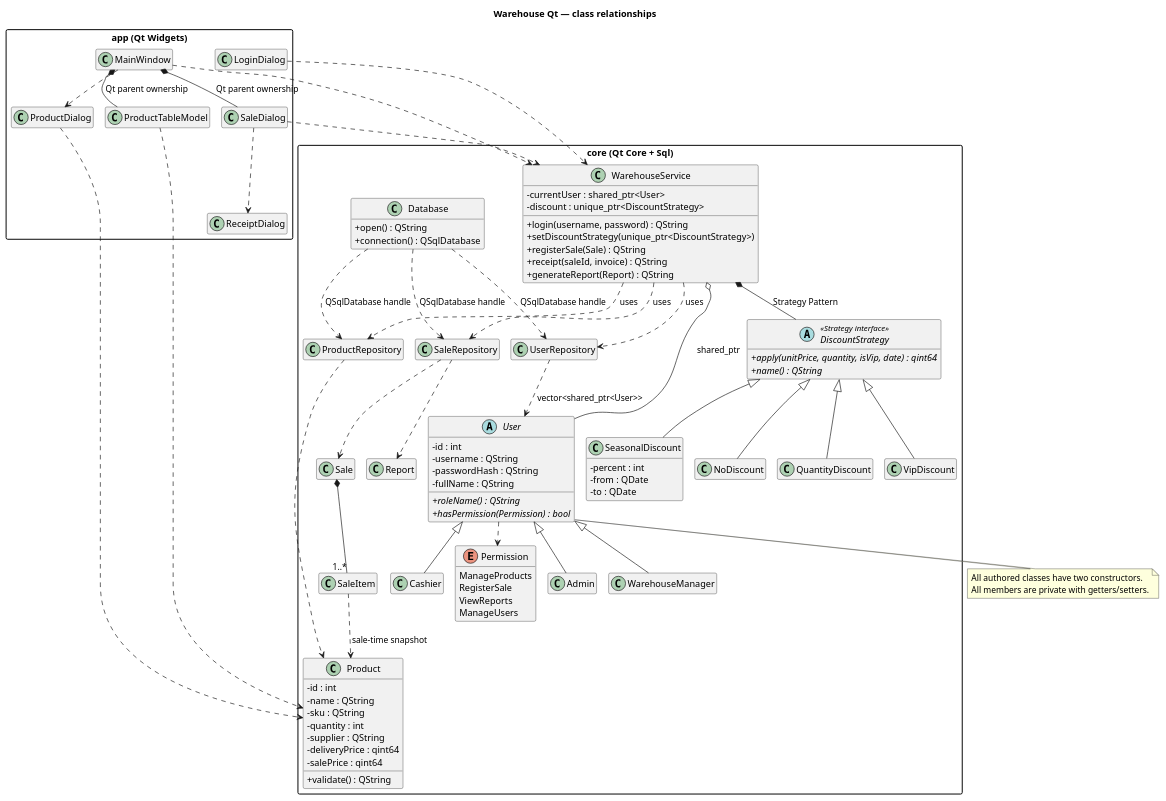
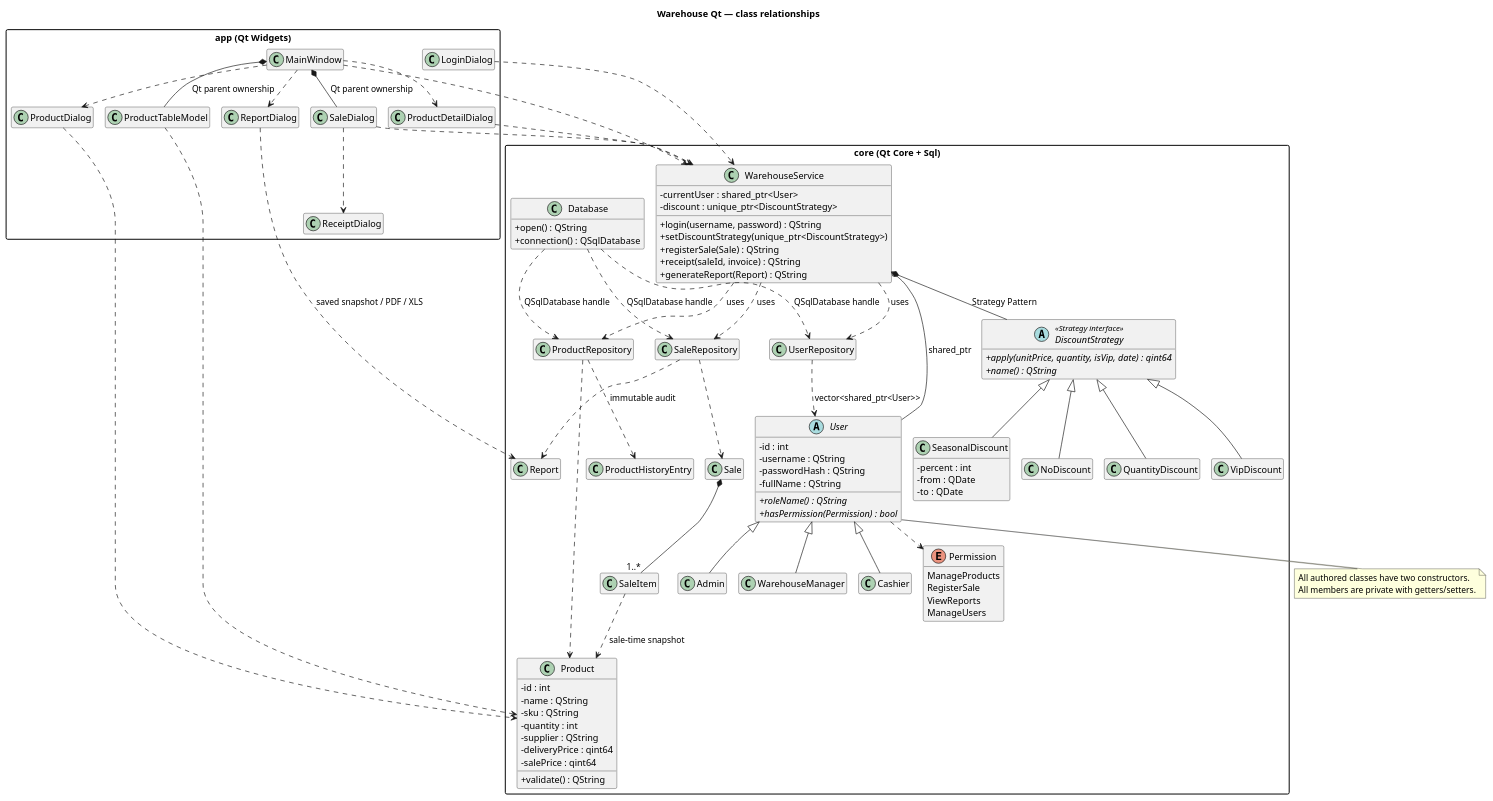
One commit to GeorgiKatsarov/warehouse-qt changed the diagram in docs/uml/class-diagram.puml. Above: the diagram before and after it, drawn with PlantUML. The commit also changed 47 other files, not shown here.

Commit message:
Add professional UI product history saved reports and validated CRUD

```diff
--- a/docs/uml/class-diagram.puml
+++ b/docs/uml/class-diagram.puml
@@ -1,113 +1,121 @@
 @startuml
 !pragma layout smetana
 skinparam classAttributeIconSize 0
 skinparam packageStyle rectangle
 hide empty members
 title Warehouse Qt — class relationships
 
 package "core (Qt Core + Sql)" {
   enum Permission {
     ManageProducts
     RegisterSale
     ViewReports
     ManageUsers
   }
   abstract class User {
     - id : int
     - username : QString
     - passwordHash : QString
     - fullName : QString
     + {abstract} roleName() : QString
     + {abstract} hasPermission(Permission) : bool
   }
   class Admin
   class WarehouseManager
   class Cashier
   User <|-- Admin
   User <|-- WarehouseManager
   User <|-- Cashier
   User ..> Permission
 
   abstract class DiscountStrategy <<Strategy interface>> {
     + {abstract} apply(unitPrice, quantity, isVip, date) : qint64
     + {abstract} name() : QString
   }
   class NoDiscount
   class QuantityDiscount
   class VipDiscount
   class SeasonalDiscount {
     - percent : int
     - from : QDate
     - to : QDate
   }
   DiscountStrategy <|-- NoDiscount
   DiscountStrategy <|-- QuantityDiscount
   DiscountStrategy <|-- VipDiscount
   DiscountStrategy <|-- SeasonalDiscount
 
   class Product {
     - id : int
     - name : QString
     - sku : QString
     - quantity : int
     - supplier : QString
     - deliveryPrice : qint64
     - salePrice : qint64
     + validate() : QString
   }
   class Sale
   class SaleItem
   class Report
   Sale *-- "1..*" SaleItem
   SaleItem ..> Product : sale-time snapshot
   class Database {
     + open() : QString
     + connection() : QSqlDatabase
   }
   class ProductRepository
+  class ProductHistoryEntry
+  ProductRepository ..> ProductHistoryEntry : immutable audit
   class UserRepository
   class SaleRepository
   class WarehouseService {
     - currentUser : shared_ptr<User>
     - discount : unique_ptr<DiscountStrategy>
     + login(username, password) : QString
     + setDiscountStrategy(unique_ptr<DiscountStrategy>)
     + registerSale(Sale) : QString
     + receipt(saleId, invoice) : QString
     + generateReport(Report) : QString
   }
   WarehouseService o-- User : shared_ptr
   WarehouseService *-- DiscountStrategy : Strategy Pattern
   WarehouseService ..> ProductRepository : uses
   WarehouseService ..> UserRepository : uses
   WarehouseService ..> SaleRepository : uses
   ProductRepository ..> Product
   UserRepository ..> User : vector<shared_ptr<User>>
   SaleRepository ..> Sale
   SaleRepository ..> Report
   Database ..> ProductRepository : QSqlDatabase handle
   Database ..> UserRepository : QSqlDatabase handle
   Database ..> SaleRepository : QSqlDatabase handle
 }
 package "app (Qt Widgets)" {
   class LoginDialog
   class MainWindow
   class ProductDialog
   class ProductTableModel
   class SaleDialog
   class ReceiptDialog
+  class ProductDetailDialog
+  class ReportDialog
+  ProductDetailDialog ..> WarehouseService
+  ReportDialog ..> Report : saved snapshot / PDF / XLS
+  MainWindow ..> ProductDetailDialog
+  MainWindow ..> ReportDialog
   MainWindow *-- ProductTableModel : Qt parent ownership
   MainWindow *-- SaleDialog : Qt parent ownership
   MainWindow ..> ProductDialog
   SaleDialog ..> ReceiptDialog
   LoginDialog ..> WarehouseService
   MainWindow ..> WarehouseService
   SaleDialog ..> WarehouseService
   ProductDialog ..> Product
   ProductTableModel ..> Product
 }
 note bottom of User
 All authored classes have two constructors.
 All members are private with getters/setters.
 end note
 @enduml
```
